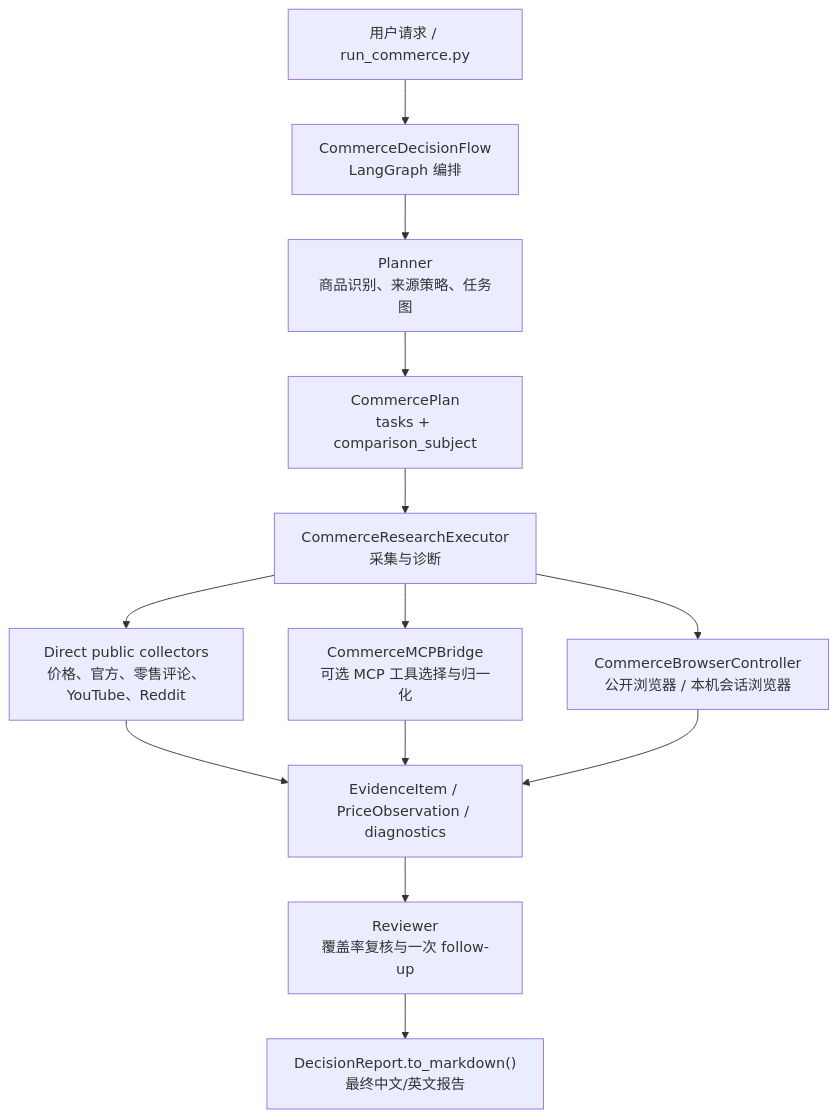
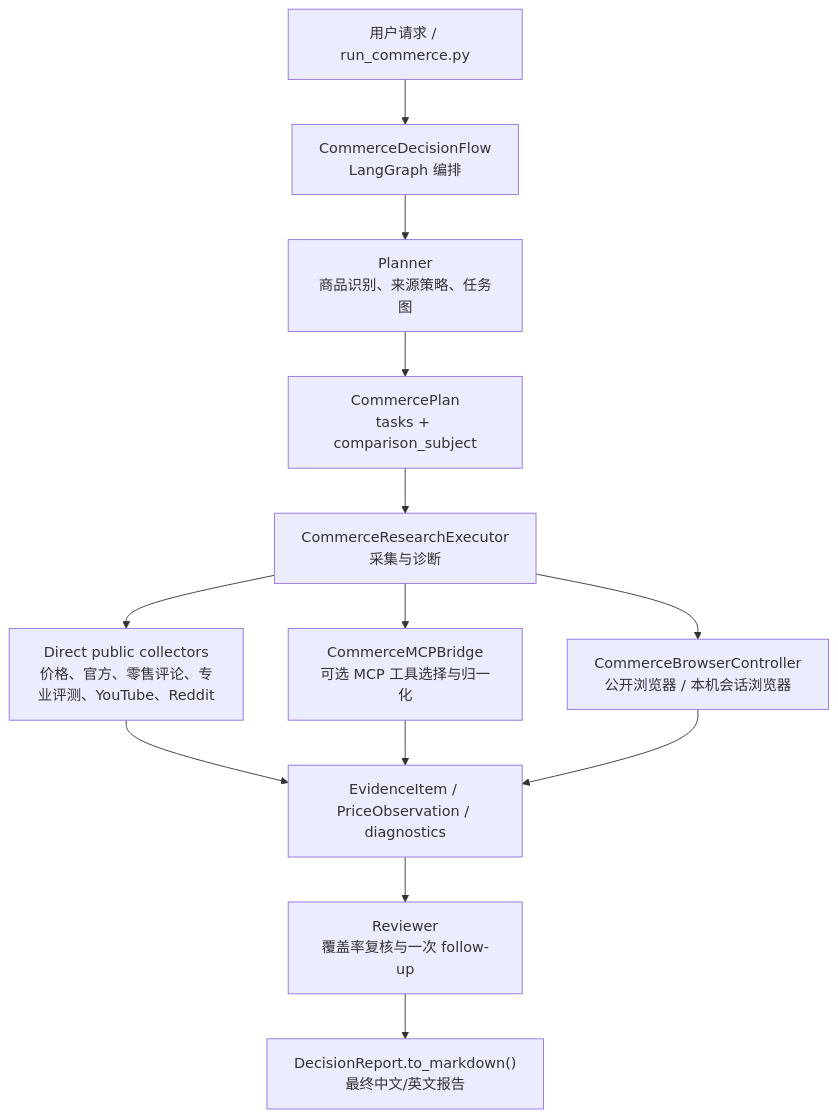
Before and after one commit to HelloAvava/WebScout: the first of 2 diagrams in README.md, drawn with Mermaid. The commit also changed other lines of this file and 10 other files, not shown here.

````diff
--- a/README.md
+++ b/README.md
@@ -18,15 +18,15 @@
 ```mermaid
 flowchart TB
   U["用户请求 / run_commerce.py"] --> F["CommerceDecisionFlow<br/>LangGraph 编排"]
   F --> P["Planner<br/>商品识别、来源策略、任务图"]
   P --> PL["CommercePlan<br/>tasks + comparison_subject"]
   PL --> E["CommerceResearchExecutor<br/>采集与诊断"]
-  E --> D["Direct public collectors<br/>价格、官方、零售评论、YouTube、Reddit"]
+  E --> D["Direct public collectors<br/>价格、官方、零售评论、专业评测、YouTube、Reddit"]
   E --> M["CommerceMCPBridge<br/>可选 MCP 工具选择与归一化"]
   E --> B["CommerceBrowserController<br/>公开浏览器 / 本机会话浏览器"]
   D --> EV["EvidenceItem / PriceObservation / diagnostics"]
   M --> EV
   B --> EV
   EV --> R["Reviewer<br/>覆盖率复核与一次 follow-up"]
   R --> O["DecisionReport.to_markdown()<br/>最终中文/英文报告"]
 ```
````
